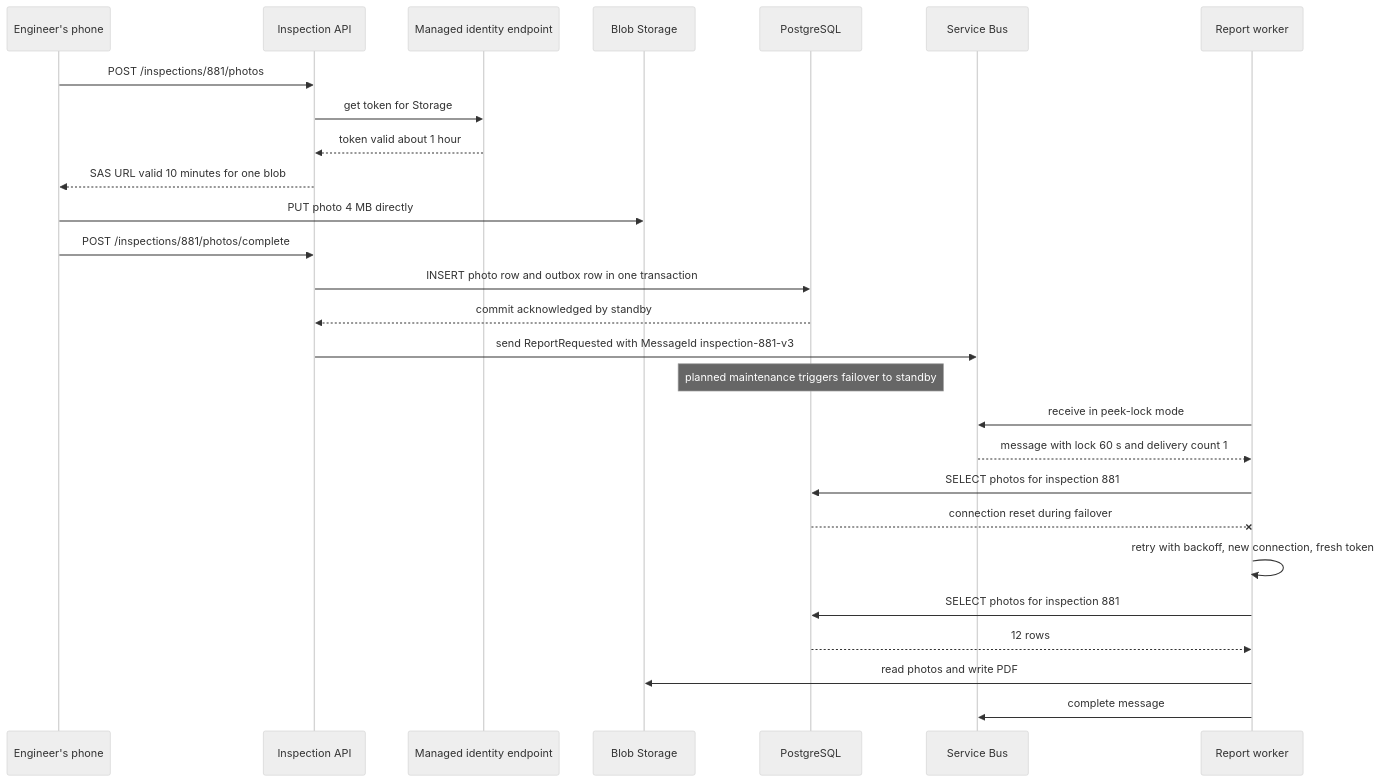
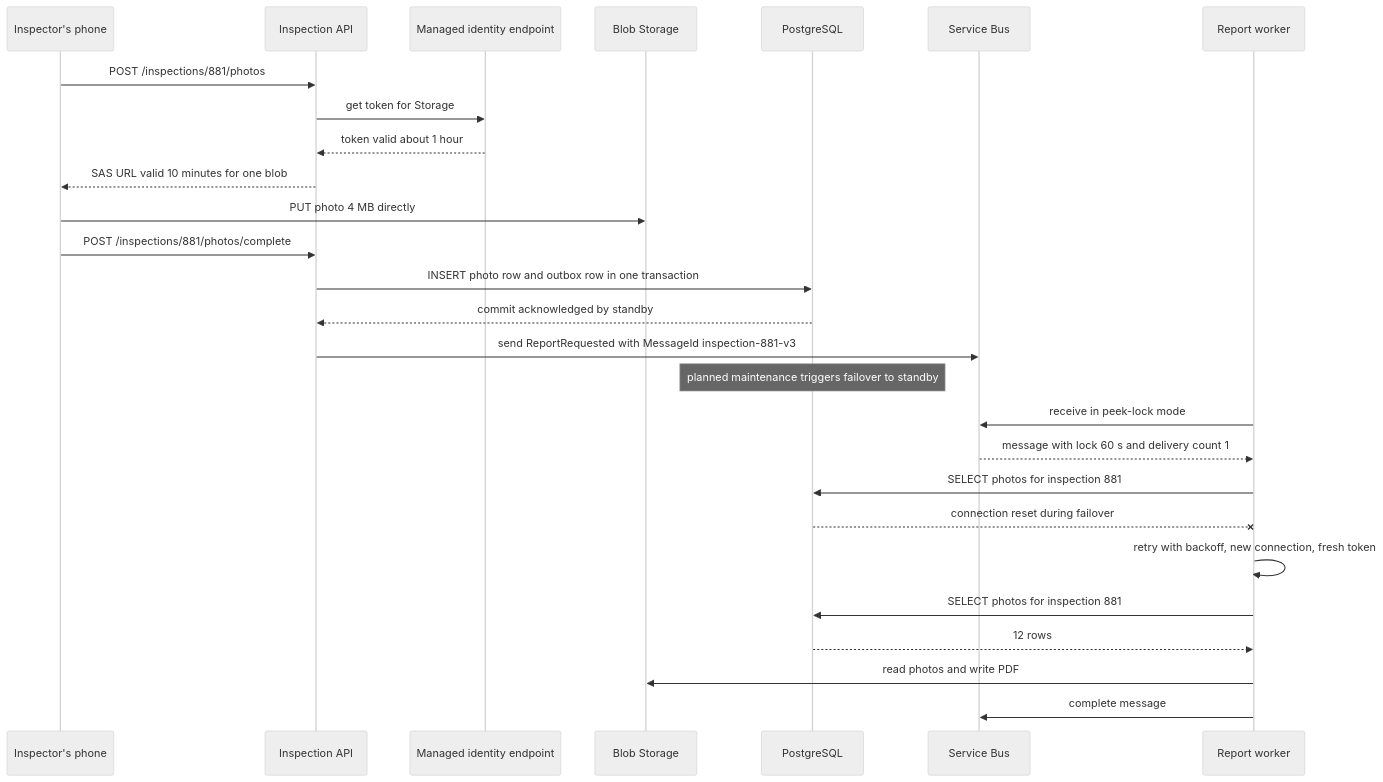
The second of 2 diagrams in content/lessons/m15/m15-azure-data.md (rizwi0786/system-design-lab), drawn with Mermaid (neutral theme) before and after one commit. The commit also changed other lines of this file and 334 other files, not shown here.

````diff
--- a/content/lessons/m15/m15-azure-data.md
+++ b/content/lessons/m15/m15-azure-data.md
@@ -223,29 +224,29 @@
 ```mermaid
 sequenceDiagram
-    participant Phone as Engineer's phone
+    participant Phone as Inspector's phone
     participant API as Inspection API
     participant MI as Managed identity endpoint
     participant Blob as Blob Storage
     participant PG as PostgreSQL
     participant Q as Service Bus
     participant W as Report worker
     Phone->>API: POST /inspections/881/photos
     API->>MI: get token for Storage
     MI-->>API: token valid about 1 hour
     API-->>Phone: SAS URL valid 10 minutes for one blob
     Phone->>Blob: PUT photo 4 MB directly
     Phone->>API: POST /inspections/881/photos/complete
     API->>PG: INSERT photo row and outbox row in one transaction
     PG-->>API: commit acknowledged by standby
     API->>Q: send ReportRequested with MessageId inspection-881-v3
     Note over PG: planned maintenance triggers failover to standby
     W->>Q: receive in peek-lock mode
     Q-->>W: message with lock 60 s and delivery count 1
     W->>PG: SELECT photos for inspection 881
     PG--xW: connection reset during failover
     W->>W: retry with backoff, new connection, fresh token
     W->>PG: SELECT photos for inspection 881
     PG-->>W: 12 rows
     W->>Blob: read photos and write PDF
     W->>Q: complete message
 ```
````
